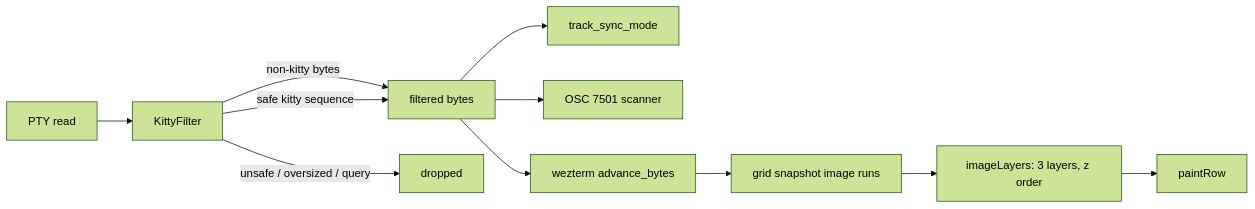
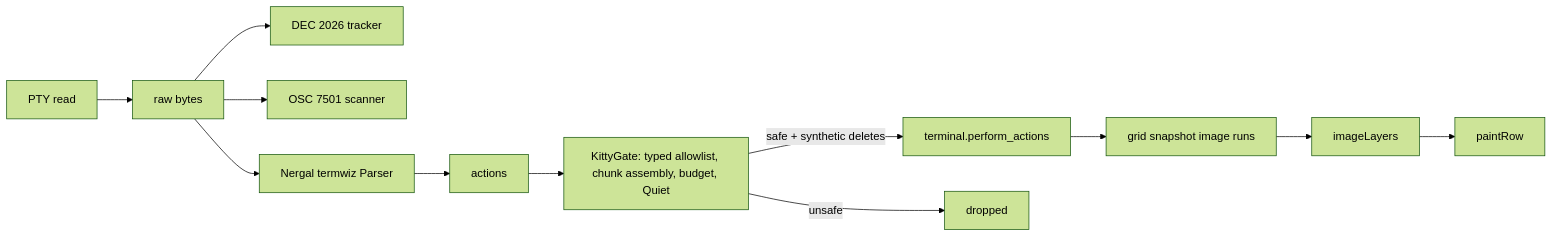
One commit to Mufdi/nergal changed the diagram in openspec/changes/kitty-graphics-canvas/design.md. Above: the diagram before and after it, drawn with Mermaid (forest theme). The commit also changed other lines of this file and 5 other files, not shown here.

First line of the commit message:
docs(openspec): Redesign kitty safety as a typed gate (FRI-613)

````diff
--- a/openspec/changes/kitty-graphics-canvas/design.md
+++ b/openspec/changes/kitty-graphics-canvas/design.md
@@ -44,13 +43,14 @@
 ```mermaid
 flowchart LR
-  PTY[PTY read] --> KF[KittyFilter]
-  KF -->|non-kitty bytes| OUT[filtered bytes]
-  KF -->|safe kitty sequence| OUT
-  KF -->|unsafe / oversized / query| DROP[dropped]
-  OUT --> SYNC[track_sync_mode]
-  OUT --> OSC[OSC 7501 scanner]
-  OUT --> WZ[wezterm advance_bytes]
-  WZ --> SNAP[grid snapshot image runs]
-  SNAP --> LAYERS[imageLayers: 3 layers, z order]
-  LAYERS --> CANVAS[paintRow]
+  PTY[PTY read] --> RAW[raw bytes]
+  RAW --> SYNC[DEC 2026 tracker]
+  RAW --> OSC[OSC 7501 scanner]
+  RAW --> P[Nergal termwiz Parser]
+  P --> A[actions]
+  A --> G[KittyGate: typed allowlist, chunk assembly, budget, Quiet]
+  G -->|safe + synthetic deletes| PA[terminal.perform_actions]
+  G -->|unsafe| DROP[dropped]
+  PA --> SNAP[grid snapshot image runs]
+  SNAP --> L[imageLayers]
+  L --> CANVAS[paintRow]
 ```
````
